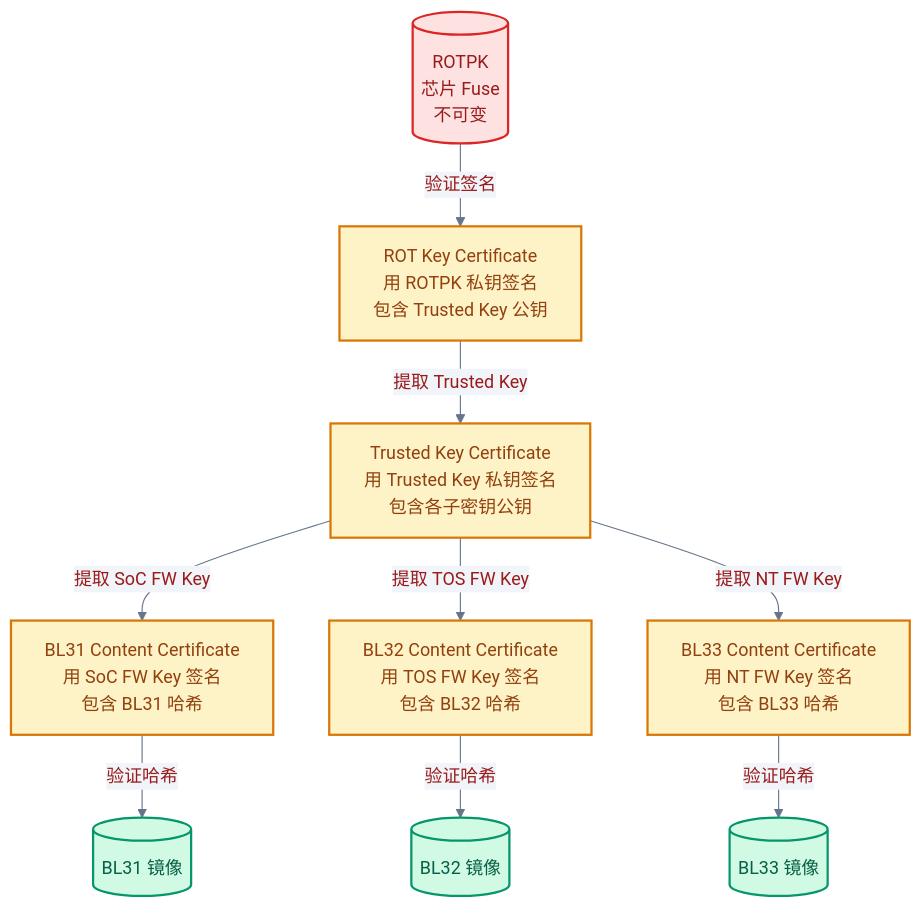
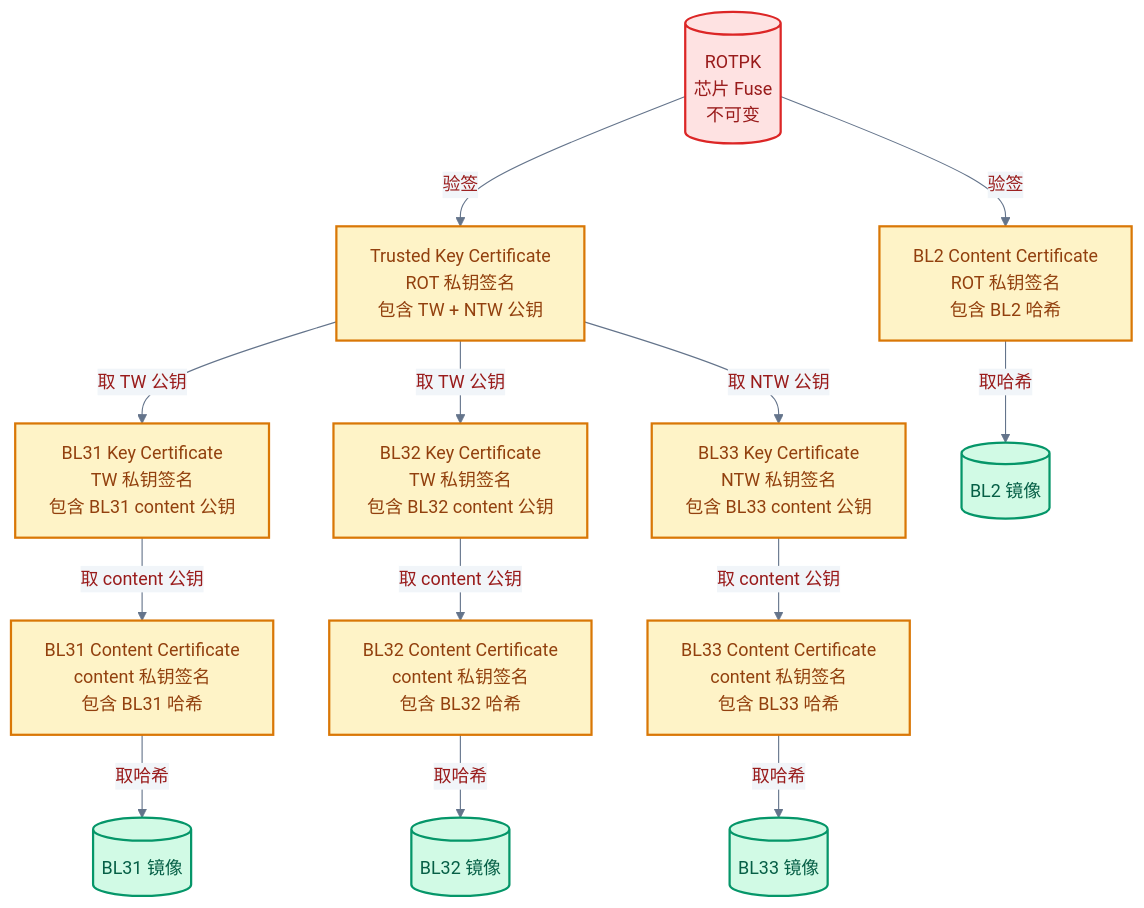
The third of 4 diagrams in trusted-firmware/03-arm-tbbr-and-boot-chain.md (swjtuer326/cs-learning-notes), drawn with Mermaid before and after one commit. The commit also changed other lines of this file and 1 other file, not shown here.

First line of the commit message:
docs(trusted-firmware): 修正 TBBR 证书链与验签描述,补验签全过程

````diff
--- a/trusted-firmware/03-arm-tbbr-and-boot-chain.md
+++ b/trusted-firmware/03-arm-tbbr-and-boot-chain.md
@@ -405,29 +406,37 @@
 ```mermaid
 %%{init: {"theme": "base", "themeVariables": {"primaryColor": "#f8fafc", "primaryTextColor": "#1e293b", "primaryBorderColor": "#475569", "lineColor": "#64748b", "secondaryColor": "#f1f5f9", "secondaryBorderColor": "#94a3b8", "tertiaryColor": "#f8fafc", "fontFamily": "\"trebuchet ms\", verdana, arial, sans-serif"}}}%%
 flowchart TD
     ROTPK[("ROTPK<br/>芯片 Fuse<br/>不可变")]
-    RotCert[ROT Key Certificate<br/>用 ROTPK 私钥签名<br/>包含 Trusted Key 公钥]
-    TrustedCert[Trusted Key Certificate<br/>用 Trusted Key 私钥签名<br/>包含各子密钥公钥]
-    Bl31Cert[BL31 Content Certificate<br/>用 SoC FW Key 签名<br/>包含 BL31 哈希]
-    Bl32Cert[BL32 Content Certificate<br/>用 TOS FW Key 签名<br/>包含 BL32 哈希]
-    Bl33Cert[BL33 Content Certificate<br/>用 NT FW Key 签名<br/>包含 BL33 哈希]
+    TrustedKeyCert[Trusted Key Certificate<br/>ROT 私钥签名<br/>包含 TW + NTW 公钥]
+    Bl2Cert[BL2 Content Certificate<br/>ROT 私钥签名<br/>包含 BL2 哈希]
+    Bl31KeyCert[BL31 Key Certificate<br/>TW 私钥签名<br/>包含 BL31 content 公钥]
+    Bl32KeyCert[BL32 Key Certificate<br/>TW 私钥签名<br/>包含 BL32 content 公钥]
+    Bl33KeyCert[BL33 Key Certificate<br/>NTW 私钥签名<br/>包含 BL33 content 公钥]
+    Bl31Cert[BL31 Content Certificate<br/>content 私钥签名<br/>包含 BL31 哈希]
+    Bl32Cert[BL32 Content Certificate<br/>content 私钥签名<br/>包含 BL32 哈希]
+    Bl33Cert[BL33 Content Certificate<br/>content 私钥签名<br/>包含 BL33 哈希]
+    BL2[(BL2 镜像)]
     BL31[(BL31 镜像)]
     BL32[(BL32 镜像)]
     BL33[(BL33 镜像)]
 
-    ROTPK -->|验证签名| RotCert
-    RotCert -->|提取 Trusted Key| TrustedCert
-    TrustedCert -->|提取 SoC FW Key| Bl31Cert
-    TrustedCert -->|提取 TOS FW Key| Bl32Cert
-    TrustedCert -->|提取 NT FW Key| Bl33Cert
-    Bl31Cert -->|验证哈希| BL31
-    Bl32Cert -->|验证哈希| BL32
-    Bl33Cert -->|验证哈希| BL33
+    ROTPK -->|验签| TrustedKeyCert
+    ROTPK -->|验签| Bl2Cert
+    TrustedKeyCert -->|取 TW 公钥| Bl31KeyCert
+    TrustedKeyCert -->|取 TW 公钥| Bl32KeyCert
+    TrustedKeyCert -->|取 NTW 公钥| Bl33KeyCert
+    Bl31KeyCert -->|取 content 公钥| Bl31Cert
+    Bl32KeyCert -->|取 content 公钥| Bl32Cert
+    Bl33KeyCert -->|取 content 公钥| Bl33Cert
+    Bl2Cert -->|取哈希| BL2
+    Bl31Cert -->|取哈希| BL31
+    Bl32Cert -->|取哈希| BL32
+    Bl33Cert -->|取哈希| BL33
 
     classDef root fill:#fee2e2,stroke:#dc2626,color:#991b1b,stroke-width:2px
     classDef cert fill:#fef3c7,stroke:#d97706,color:#92400e,stroke-width:2px
     classDef image fill:#d1fae5,stroke:#059669,color:#065f46,stroke-width:2px
     class ROTPK root
-    class RotCert,TrustedCert,Bl31Cert,Bl32Cert,Bl33Cert cert
-    class BL31,BL32,BL33 image
+    class TrustedKeyCert,Bl2Cert,Bl31KeyCert,Bl32KeyCert,Bl33KeyCert,Bl31Cert,Bl32Cert,Bl33Cert cert
+    class BL2,BL31,BL32,BL33 image
 ```
````
